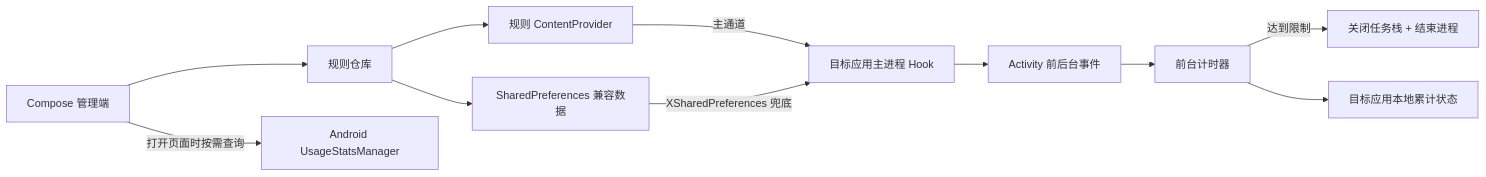
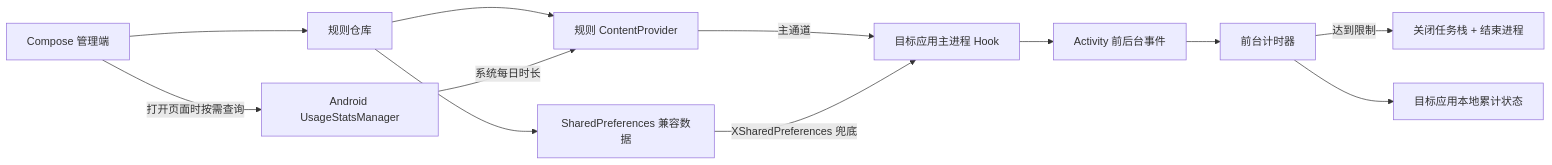
Before and after one commit to Xposed-Modules-Repo/com.liuml.apptimelimiter: the diagram in README.md, drawn with Mermaid. The commit also changed other lines of this file and 25 other files, not shown here.

````diff
--- a/README.md
+++ b/README.md
@@ -54,13 +57,14 @@
 ```mermaid
 flowchart LR
     UI["Compose 管理端"] --> Repo["规则仓库"]
     Repo --> Provider["规则 ContentProvider"]
     Repo --> Prefs["SharedPreferences 兼容数据"]
     Provider -->|"主通道"| Hook["目标应用主进程 Hook"]
     Prefs -->|"XSharedPreferences 兜底"| Hook
     Hook --> Lifecycle["Activity 前后台事件"]
     Lifecycle --> Timer["前台计时器"]
     Timer -->|"达到限制"| Exit["关闭任务栈 + 结束进程"]
     Timer --> State["目标应用本地累计状态"]
     UI -->|"打开页面时按需查询"| UsageStats["Android UsageStatsManager"]
+    UsageStats -->|"系统每日时长"| Provider
 ```
````
